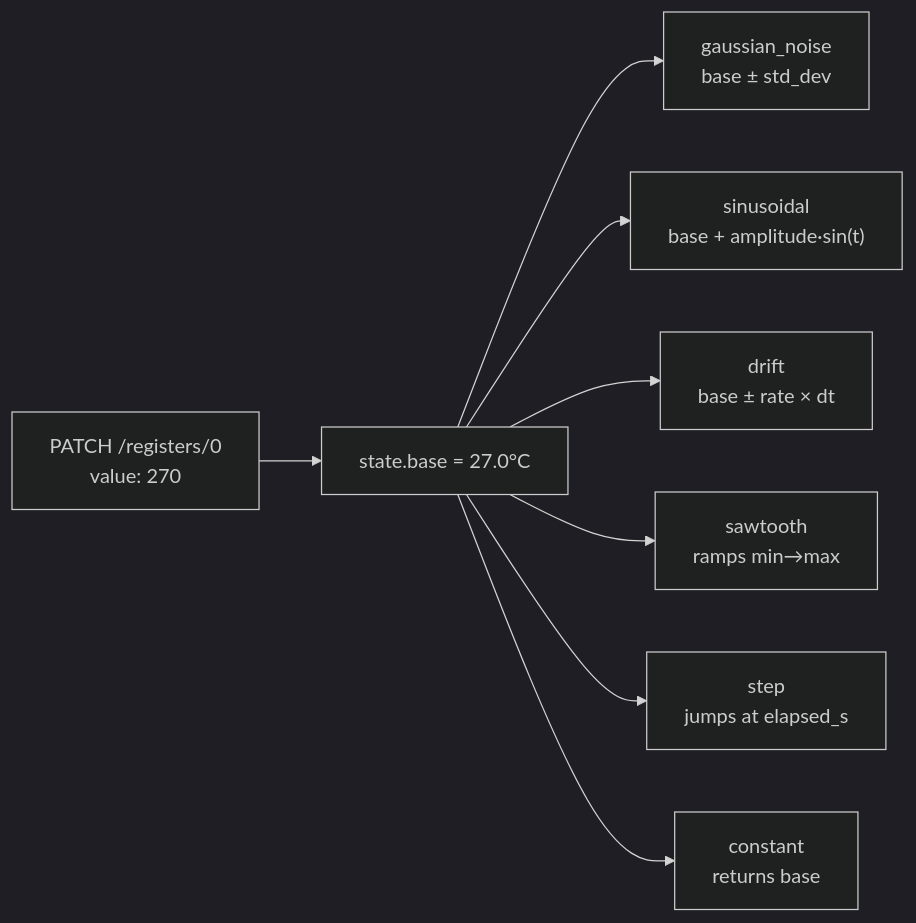
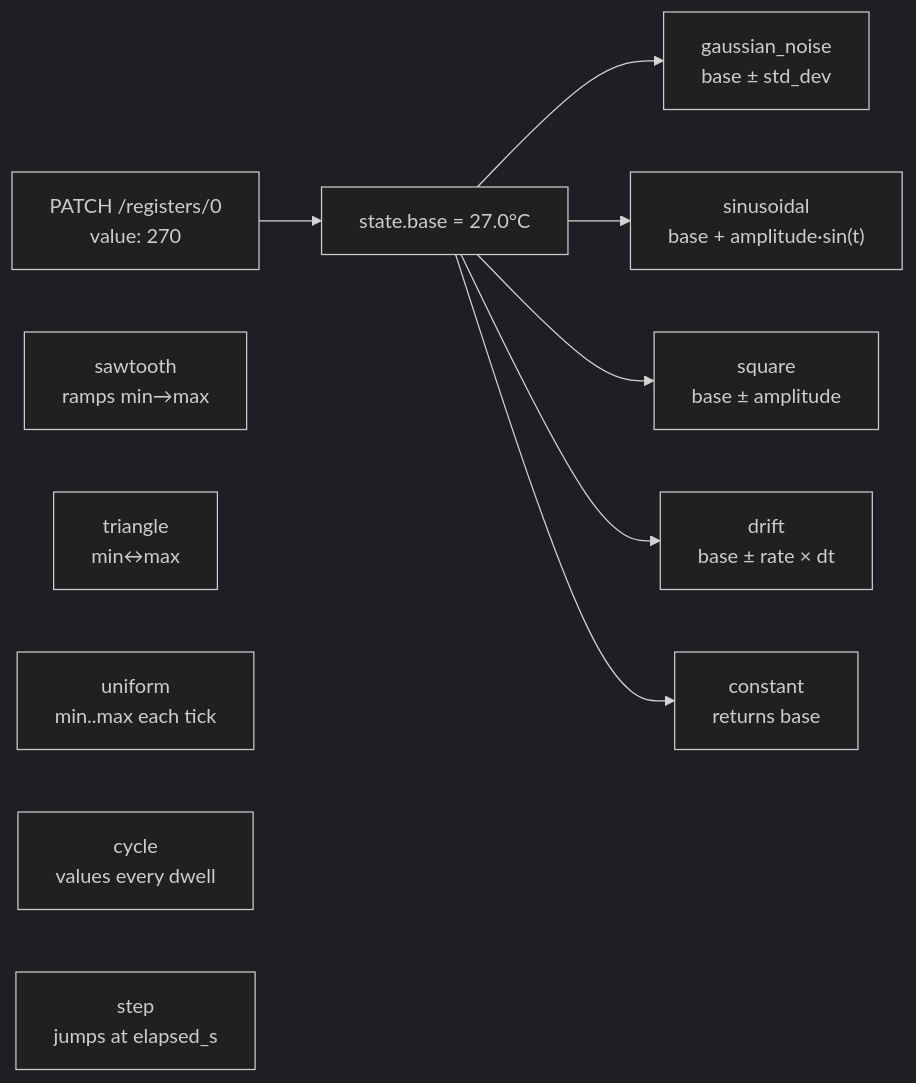
Before and after one commit to obsidia-systems/simbus: the third of 5 diagrams in README.md, drawn with Mermaid (dark theme). The commit also changed other lines of this file and 10 other files, not shown here.

````diff
--- a/README.md
+++ b/README.md
@@ -308,11 +310,15 @@
 ```mermaid
 flowchart LR
     PATCH["PATCH /registers/0\nvalue: 270"] --> BASE["state.base = 27.0°C"]
 
     BASE --> GN["gaussian_noise\nbase ± std_dev"]
     BASE --> SIN["sinusoidal\nbase + amplitude·sin(t)"]
+    BASE --> SQR["square\nbase ± amplitude"]
     BASE --> DR["drift\nbase ± rate × dt"]
-    BASE --> SAW["sawtooth\nramps min→max"]
-    BASE --> STEP["step\njumps at elapsed_s"]
     BASE --> CONST["constant\nreturns base"]
+    SAW["sawtooth\nramps min→max"]
+    TRI["triangle\nmin↔max"]
+    UNI["uniform\nmin..max each tick"]
+    CYC["cycle\nvalues every dwell"]
+    STEP["step\njumps at elapsed_s"]
 ```
````
